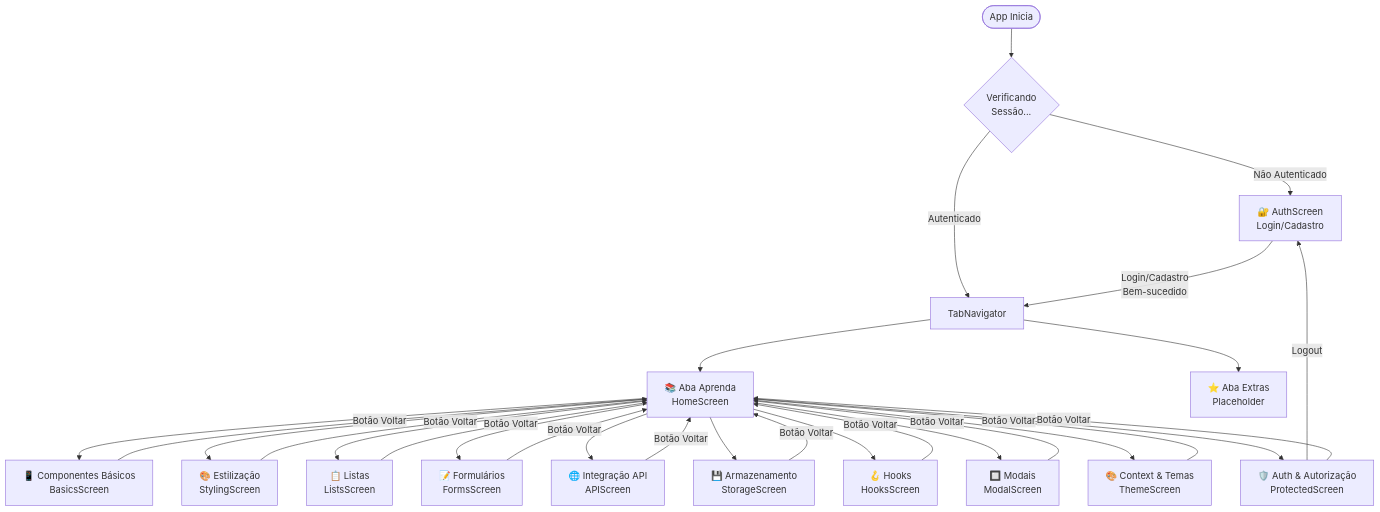
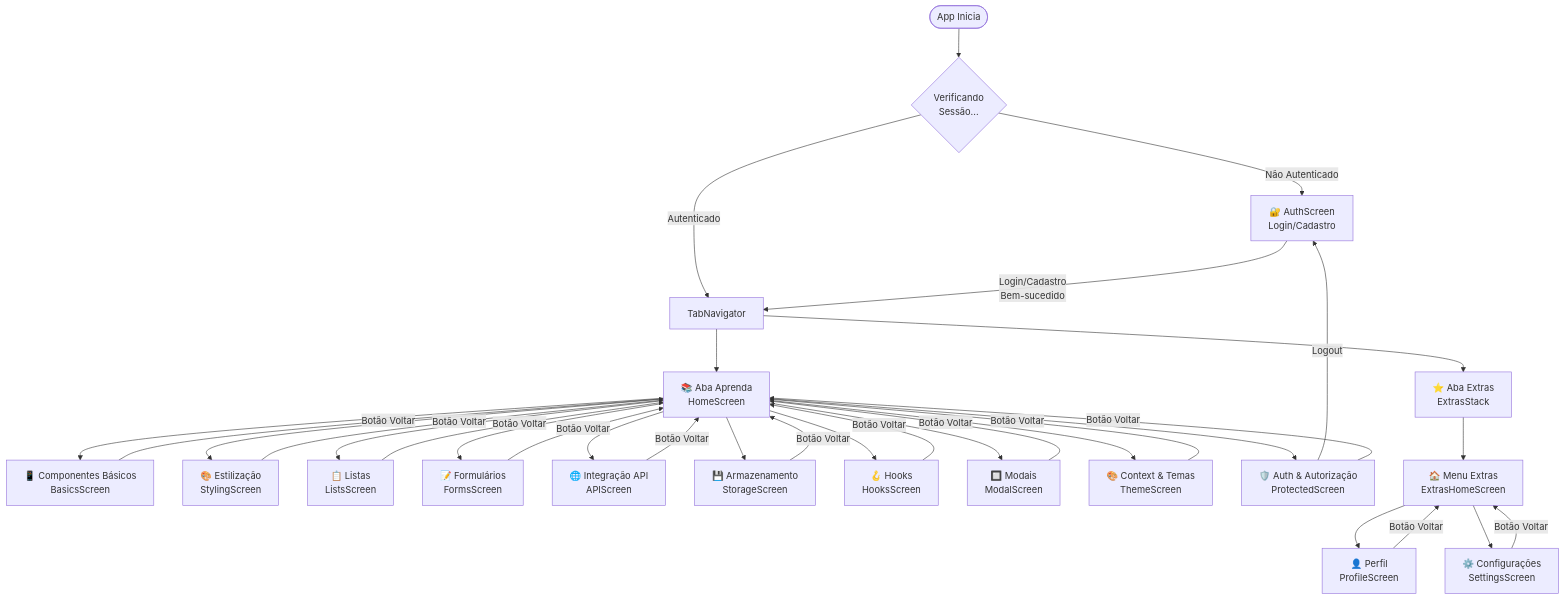
One commit to NogueiraDan/poc-learn-rn changed the diagram in README.md. Above: the diagram before and after it, drawn with Mermaid. The commit also changed other lines of this file, not shown here.

Commit message:
Atualiza README.md para incluir detalhes sobre navegação aninhada e novas telas de Perfil e Configurações

````diff
--- a/README.md
+++ b/README.md
@@ -340,36 +369,42 @@
 ```mermaid
 flowchart TD
     Start([App Inicia]) --> CheckAuth{Verificando<br/>Sessão...}
     
     CheckAuth -->|Não Autenticado| AuthScreen[🔐 AuthScreen<br/>Login/Cadastro]
     CheckAuth -->|Autenticado| TabNav[TabNavigator]
     
     AuthScreen -->|Login/Cadastro<br/>Bem-sucedido| TabNav
     
     TabNav --> Tab1[📚 Aba Aprenda<br/>HomeScreen]
-    TabNav --> Tab2[⭐ Aba Extras<br/>Placeholder]
+    TabNav --> Tab2[⭐ Aba Extras<br/>ExtrasStack]
     
     Tab1 --> Module1[📱 Componentes Básicos<br/>BasicsScreen]
     Tab1 --> Module2[🎨 Estilização<br/>StylingScreen]
     Tab1 --> Module3[📋 Listas<br/>ListsScreen]
     Tab1 --> Module4[📝 Formulários<br/>FormsScreen]
     Tab1 --> Module5[🌐 Integração API<br/>APIScreen]
     Tab1 --> Module6[💾 Armazenamento<br/>StorageScreen]
     Tab1 --> Module7[🪝 Hooks<br/>HooksScreen]
     Tab1 --> Module8[🔲 Modais<br/>ModalScreen]
     Tab1 --> Module9[🎨 Context & Temas<br/>ThemeScreen]
     Tab1 --> Module10[🛡️ Auth & Autorização<br/>ProtectedScreen]
     
+    Tab2 --> ExtrasHome[🏠 Menu Extras<br/>ExtrasHomeScreen]
+    ExtrasHome --> Profile[👤 Perfil<br/>ProfileScreen]
+    ExtrasHome --> Settings[⚙️ Configurações<br/>SettingsScreen]
+    
     Module10 -->|Logout| AuthScreen
+    Profile -->|Botão Voltar| ExtrasHome
+    Settings -->|Botão Voltar| ExtrasHome
     
     Module1 -->|Botão Voltar| Tab1
     Module2 -->|Botão Voltar| Tab1
     Module3 -->|Botão Voltar| Tab1
     Module4 -->|Botão Voltar| Tab1
     Module5 -->|Botão Voltar| Tab1
     Module6 -->|Botão Voltar| Tab1
     Module7 -->|Botão Voltar| Tab1
     Module8 -->|Botão Voltar| Tab1
     Module9 -->|Botão Voltar| Tab1
     Module10 -->|Botão Voltar| Tab1
 ```
````
